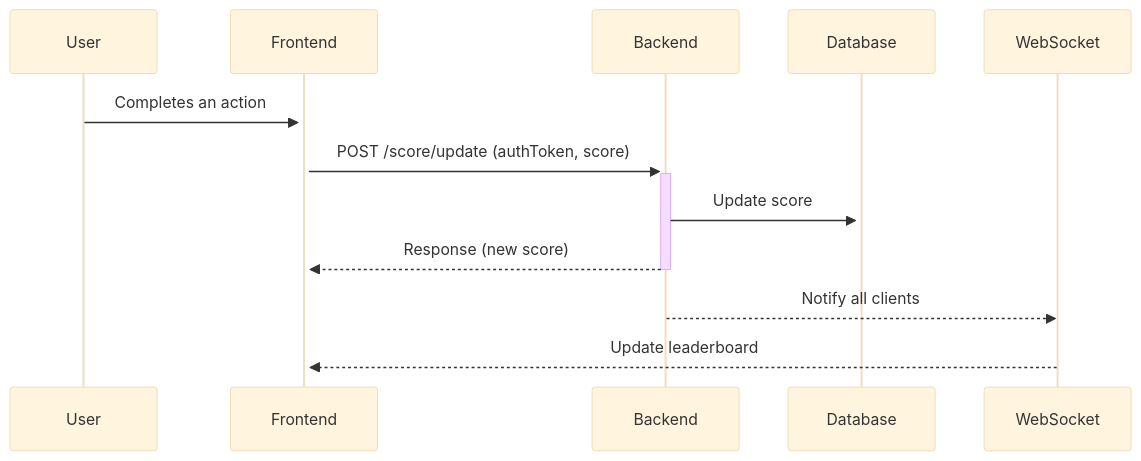
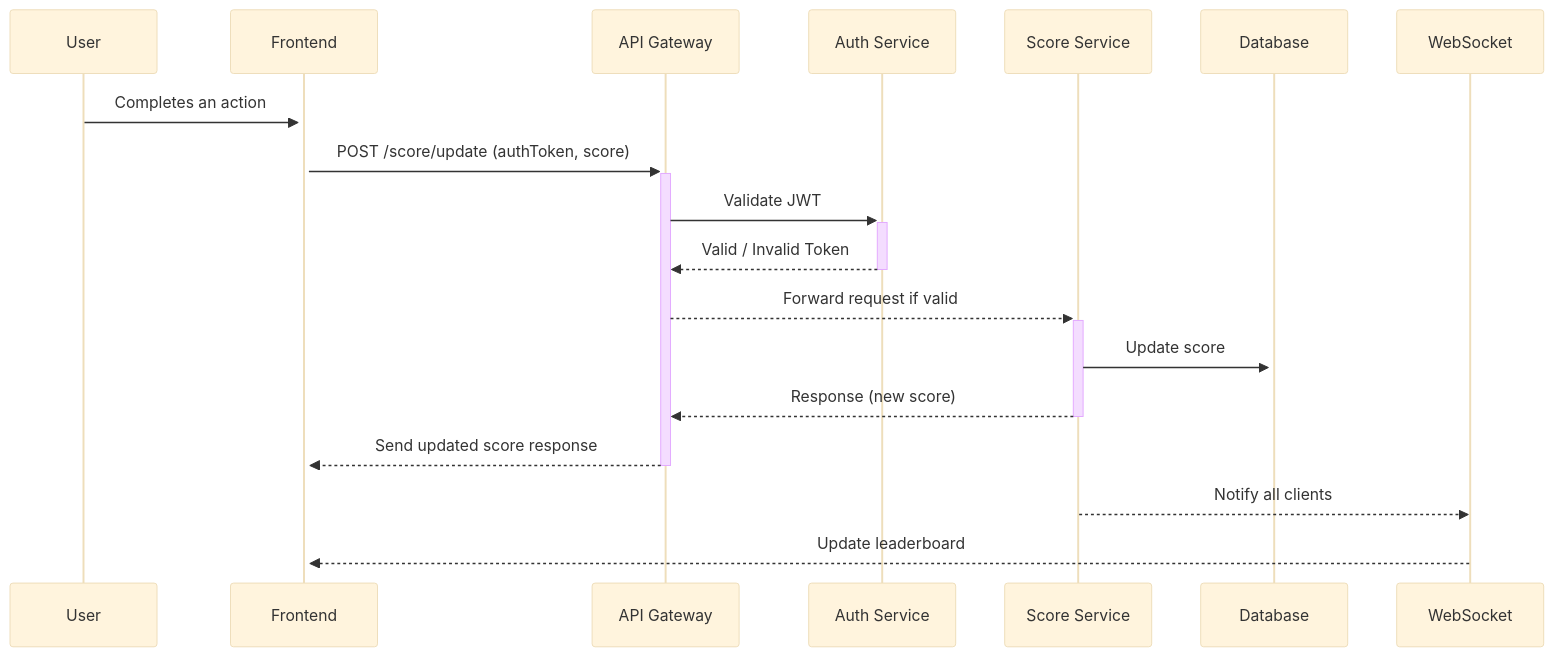
Before and after one commit to ThanhThien269/MaiLeThanhThien-Backend-CodeChallenge: the diagram in Proplem 6/Mermaid-diagram.md, drawn with Mermaid (base theme). The commit also changed 14 other files, not shown here.

````diff
--- a/Proplem 6/Mermaid-diagram.md
+++ b/Proplem 6/Mermaid-diagram.md
@@ -5,15 +5,22 @@
 ```mermaid
 sequenceDiagram
     participant User
     participant Frontend
-    participant Backend
+    participant API Gateway
+    participant Auth Service
+    participant Score Service
     participant Database
     participant WebSocket
 
     User->>+Frontend: Completes an action
-    Frontend->>+Backend: POST /score/update (authToken, score)
-    Backend->>+Database: Update score
-    Backend-->>-Frontend: Response (new score)
-    Backend-->>WebSocket: Notify all clients
+    Frontend->>+API Gateway: POST /score/update (authToken, score)
+    API Gateway->>+Auth Service: Validate JWT
+    Auth Service-->>-API Gateway: Valid / Invalid Token
+    API Gateway-->>+Score Service: Forward request if valid
+    Score Service->>+Database: Update score
+    Score Service-->>-API Gateway: Response (new score)
+    API Gateway-->>-Frontend: Send updated score response
+    Score Service-->>WebSocket: Notify all clients
     WebSocket-->>Frontend: Update leaderboard
+
 ```
````
